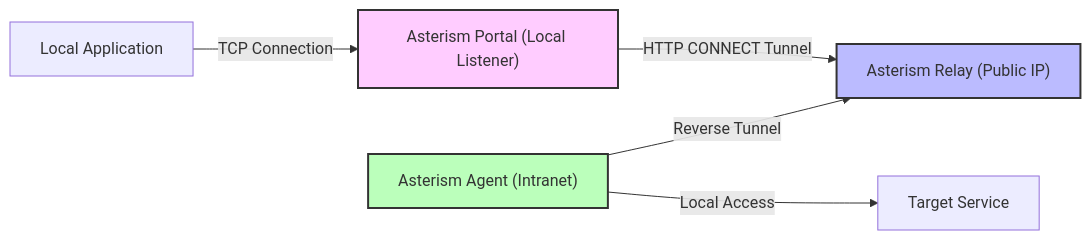
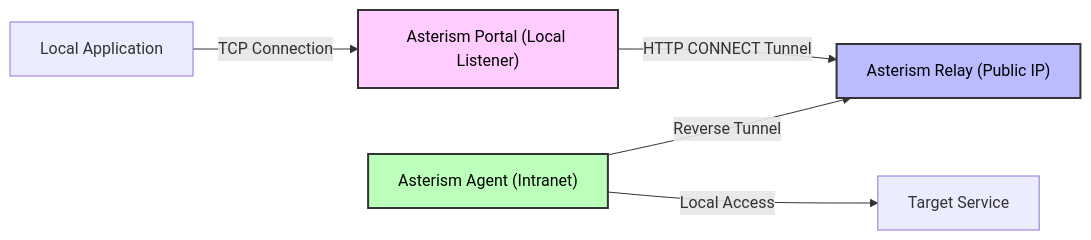
One commit to sosopop/asterism changed the second of 2 diagrams in README.md. Above: the diagram before and after it, drawn with Mermaid. The commit also changed other lines of this file and 1 other file, not shown here.

Commit message:
fix: Update diagram styles in README files for consistency and clarity

````diff
--- a/README.md
+++ b/README.md
@@ -44,11 +44,11 @@
 ```mermaid
 graph LR
     App["Local Application"] -->|TCP Connection| Portal["Asterism Portal (Local Listener)"]
     Portal -->|HTTP CONNECT Tunnel| Relay["Asterism Relay (Public IP)"]
     Agent["Asterism Agent (Intranet)"] -->|Reverse Tunnel| Relay
     Agent -->|Local Access| Target["Target Service"]
 
-    style Portal fill:#fcf,stroke:#333,stroke-width:2px
-    style Relay fill:#bbf,stroke:#333,stroke-width:2px
-    style Agent fill:#bfb,stroke:#333,stroke-width:2px
+    style Portal fill:#fcf,stroke:#333,stroke-width:2px,color:#000
+    style Relay fill:#bbf,stroke:#333,stroke-width:2px,color:#000
+    style Agent fill:#bfb,stroke:#333,stroke-width:2px,color:#000
 ```
````
